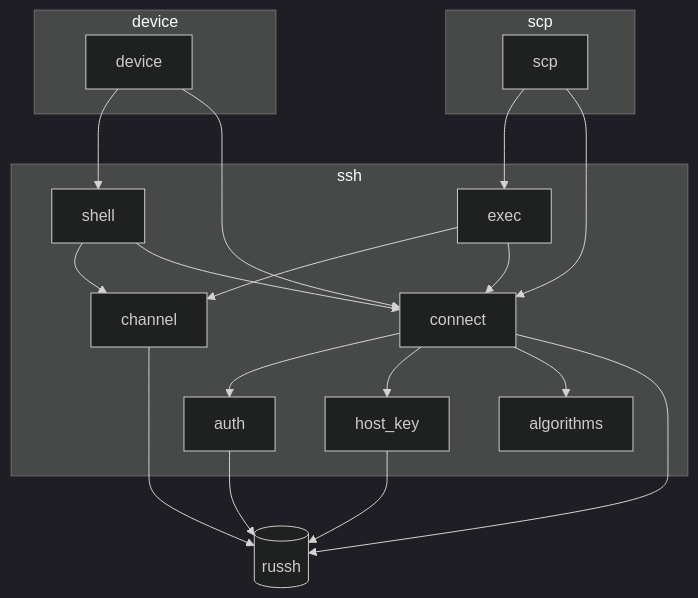
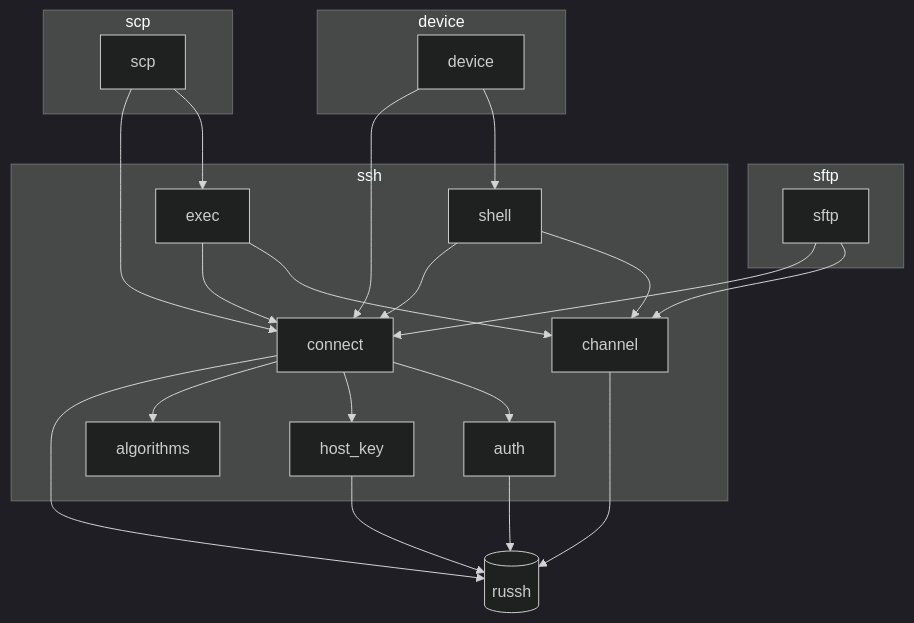
One commit to bwks/jato-lib changed the first of 2 diagrams in docs/architecture/README.md. Above: the diagram before and after it, drawn with Mermaid (dark theme). The commit also changed other lines of this file and 15 other files, not shown here.

````diff
--- a/docs/architecture/README.md
+++ b/docs/architecture/README.md
@@ -105,33 +111,38 @@
 ```mermaid
 graph TD
     subgraph device_area[device]
         device[device]
     end
     subgraph scp_area[scp]
         scp[scp]
+    end
+    subgraph sftp_area[sftp]
+        sftp[sftp]
     end
     subgraph ssh_area[ssh]
         shell[shell]
         exec[exec]
         channel[channel]
         connect[connect]
         auth[auth]
         host_key[host_key]
         algorithms[algorithms]
     end
     device --> shell
     device --> connect
     shell --> channel
     shell --> connect
     exec --> channel
     exec --> connect
     scp --> exec
     scp --> connect
+    sftp --> channel
+    sftp --> connect
     connect --> auth
     connect --> host_key
     connect --> algorithms
     connect --> russh[(russh)]
     channel --> russh
     auth --> russh
     host_key --> russh
 ```
````
